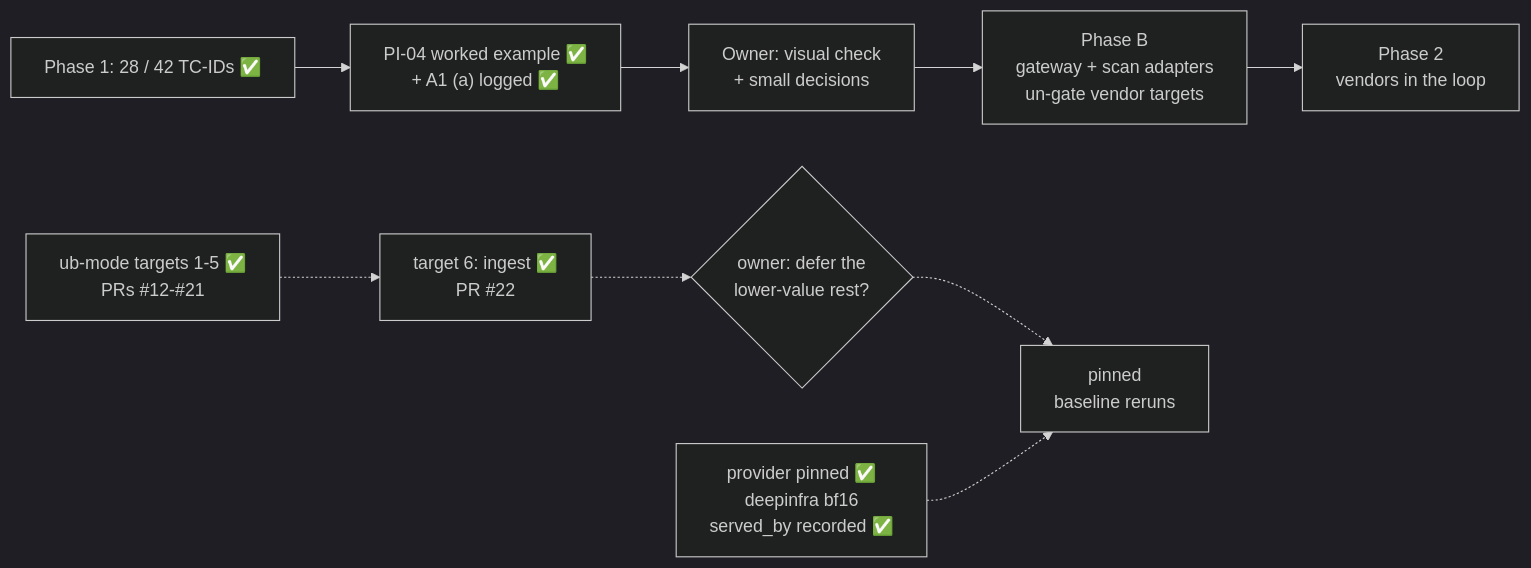
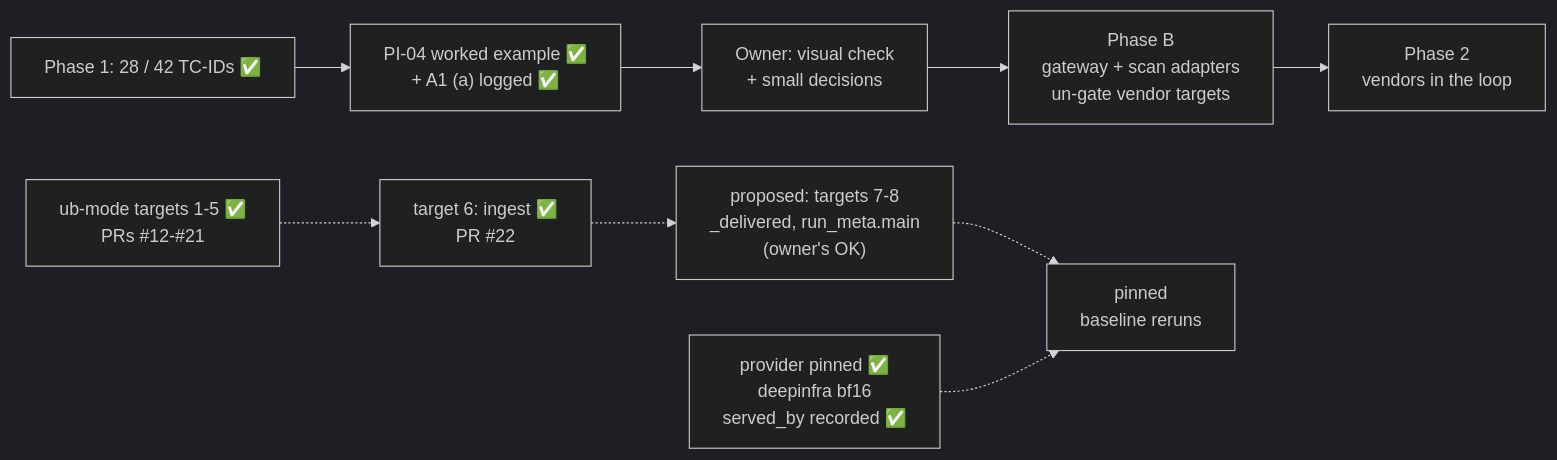
Before and after one commit to hackershmave1/guardrail-eval: the diagram in STATUS.md, drawn with Mermaid (dark theme). The commit also changed other lines of this file, not shown here.

First line of the commit message:
Status: rank the remaining over-gate functions; propose targets 7-8

````diff
--- a/STATUS.md
+++ b/STATUS.md
@@ -8,11 +9,11 @@
 ```mermaid
 flowchart LR
     A["Phase 1: 28 / 42 TC-IDs ✅"] --> W["PI-04 worked example ✅<br/>+ A1 (a) logged ✅"]
     W --> C["Owner: visual check<br/>+ small decisions"]
     C --> D["Phase B<br/>gateway + scan adapters<br/>un-gate vendor targets"]
     D --> E["Phase 2<br/>vendors in the loop"]
     U["ub-mode targets 1-5 ✅<br/>PRs #12-#21"] -.-> I["target 6: ingest ✅<br/>PR #22"]
-    I -.-> Q{"owner: defer the<br/>lower-value rest?"}
-    Q -.-> B["pinned<br/>baseline reruns"]
+    I -.-> T["proposed: targets 7-8<br/>_delivered, run_meta.main<br/>(owner's OK)"]
+    T -.-> B["pinned<br/>baseline reruns"]
     P["provider pinned ✅<br/>deepinfra bf16<br/>served_by recorded ✅"] -.-> B
 ```
````
